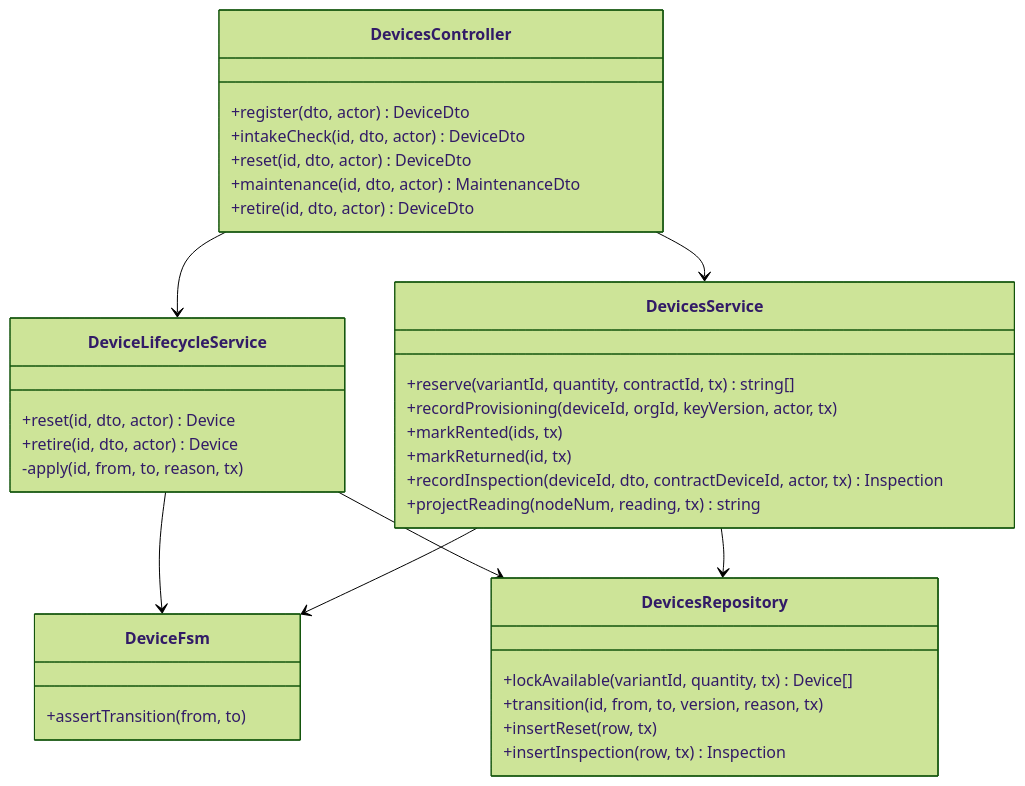
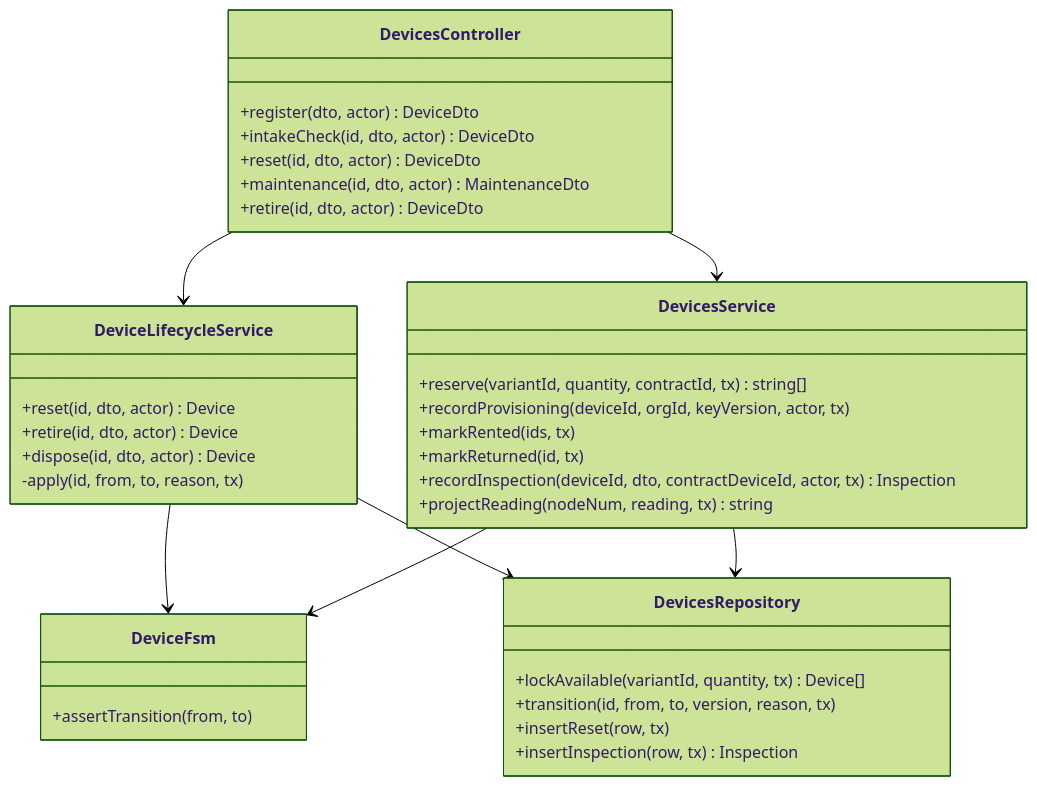
One commit to TrekLink-Team/treklink-web changed the fifth of 12 diagrams in specs/devices/design.md. Above: the diagram before and after it, drawn with Mermaid (forest theme). The commit also changed other lines of this file and 39 other files, not shown here.

````diff
--- a/specs/devices/design.md
+++ b/specs/devices/design.md
@@ -155,38 +188,39 @@
 ```mermaid
 classDiagram
     class DevicesController {
         +register(dto, actor) DeviceDto
         +intakeCheck(id, dto, actor) DeviceDto
         +reset(id, dto, actor) DeviceDto
         +maintenance(id, dto, actor) MaintenanceDto
         +retire(id, dto, actor) DeviceDto
     }
     class DevicesService {
         +reserve(variantId, quantity, contractId, tx) string[]
         +recordProvisioning(deviceId, orgId, keyVersion, actor, tx)
         +markRented(ids, tx)
         +markReturned(id, tx)
         +recordInspection(deviceId, dto, contractDeviceId, actor, tx) Inspection
         +projectReading(nodeNum, reading, tx) string
     }
     class DeviceLifecycleService {
         +reset(id, dto, actor) Device
         +retire(id, dto, actor) Device
+        +dispose(id, dto, actor) Device
         -apply(id, from, to, reason, tx)
     }
     class DeviceFsm {
         +assertTransition(from, to)
     }
     class DevicesRepository {
         +lockAvailable(variantId, quantity, tx) Device[]
         +transition(id, from, to, version, reason, tx)
         +insertReset(row, tx)
         +insertInspection(row, tx) Inspection
     }
     DevicesController --> DeviceLifecycleService
     DevicesController --> DevicesService
     DeviceLifecycleService --> DeviceFsm
     DevicesService --> DeviceFsm
     DeviceLifecycleService --> DevicesRepository
     DevicesService --> DevicesRepository
 ```
````
